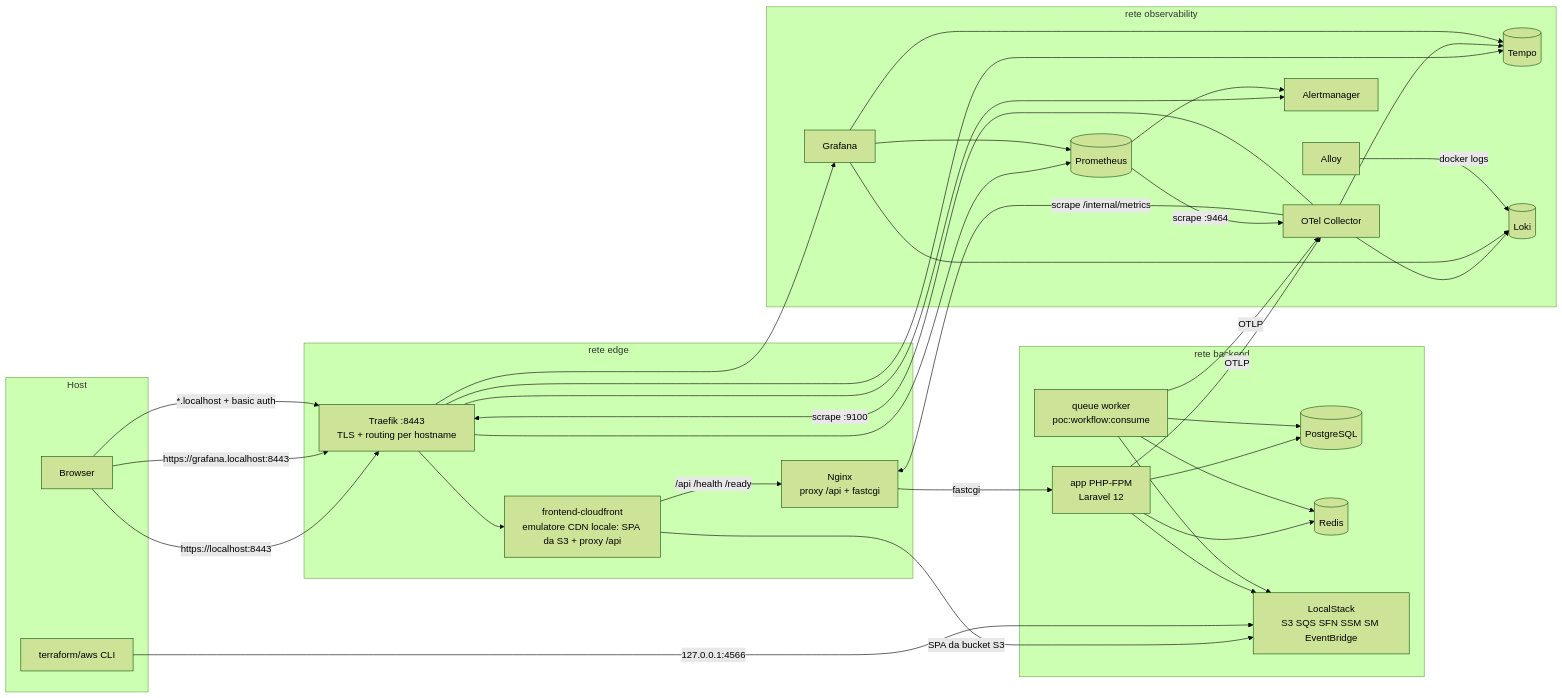
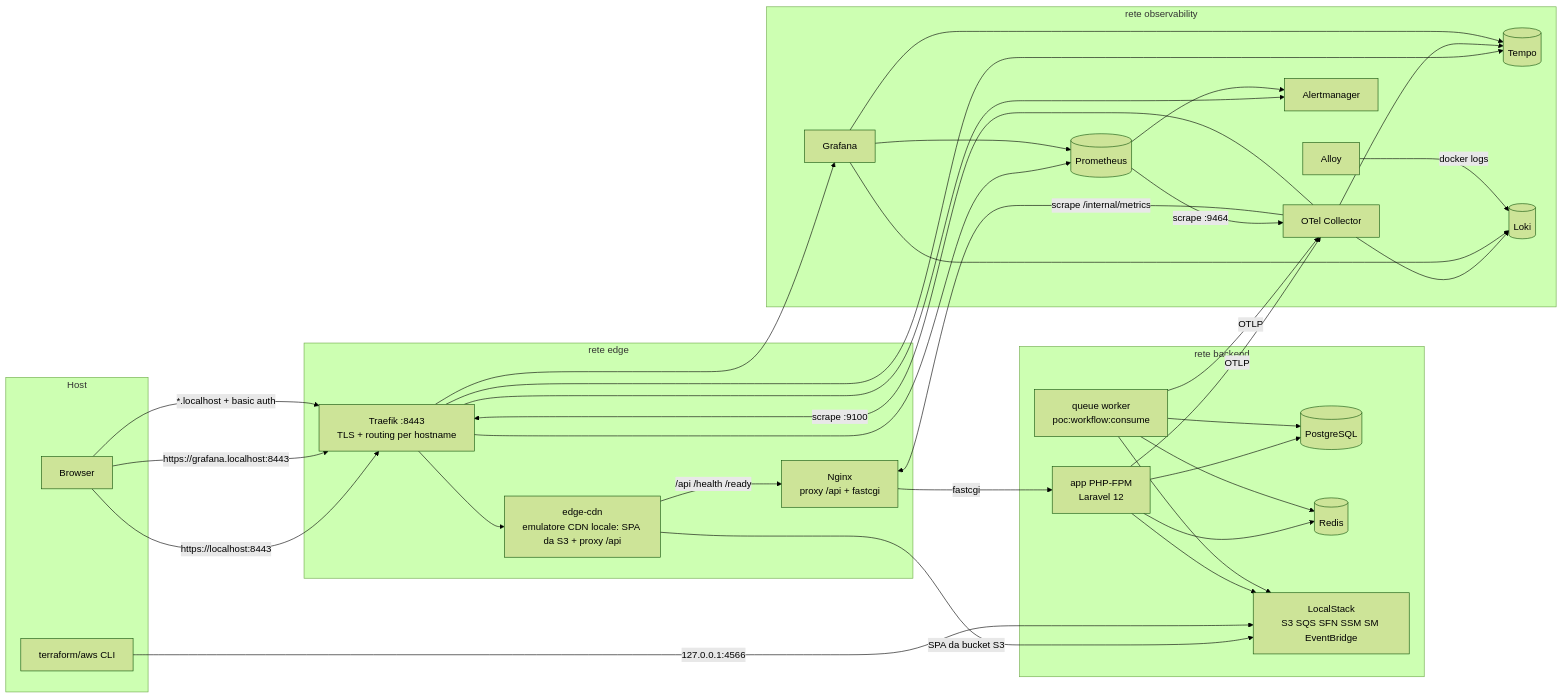
One commit to aLittleByte-19/MVP changed the first of 2 diagrams in docs/IMPLEMENTATION_OVERVIEW.md. Above: the diagram before and after it, drawn with Mermaid (forest theme). The commit also changed other lines of this file and 14 other files, not shown here.

Commit message:
Rinomina il servizio frontend-cloudfront in edge-cdn

````diff
--- a/docs/IMPLEMENTATION_OVERVIEW.md
+++ b/docs/IMPLEMENTATION_OVERVIEW.md
@@ -59,43 +59,43 @@
 ```mermaid
 flowchart LR
     subgraph host[Host]
         B[Browser]
         TF[terraform/aws CLI]
     end
     subgraph edge[rete edge]
         T[Traefik :8443<br/>TLS + routing per hostname]
-        FC[frontend-cloudfront<br/>emulatore CDN locale: SPA da S3 + proxy /api]
+        FC[edge-cdn<br/>emulatore CDN locale: SPA da S3 + proxy /api]
         N[Nginx<br/>proxy /api + fastcgi]
     end
     subgraph backend[rete backend]
         A[app PHP-FPM<br/>Laravel 12]
         Q[queue worker<br/>poc:workflow:consume]
         PG[(PostgreSQL)]
         R[(Redis)]
         LS[LocalStack<br/>S3 SQS SFN SSM SM EventBridge]
     end
     subgraph obs[rete observability]
         OC[OTel Collector]
         P[(Prometheus)]
         TE[(Tempo)]
         LK[(Loki)]
         AL[Alloy]
         AM[Alertmanager]
         G[Grafana]
     end
     B -->|https://localhost:8443| T --> FC
     FC -->|SPA da bucket S3| LS
     FC -->|/api /health /ready| N -->|fastcgi| A
     B -->|https://grafana.localhost:8443| T --> G
     B -->|*.localhost + basic auth| T --> P & AM & TE
     TF -->|127.0.0.1:4566| LS
     A & Q --> PG & R & LS
     A & Q -->|OTLP| OC
     OC -->|scrape /internal/metrics| N
     OC -->|scrape :9100| T
     OC --> TE & LK
     P -->|scrape :9464| OC
     P --> AM
     G --> P & TE & LK
     AL -->|docker logs| LK
 ```
````
